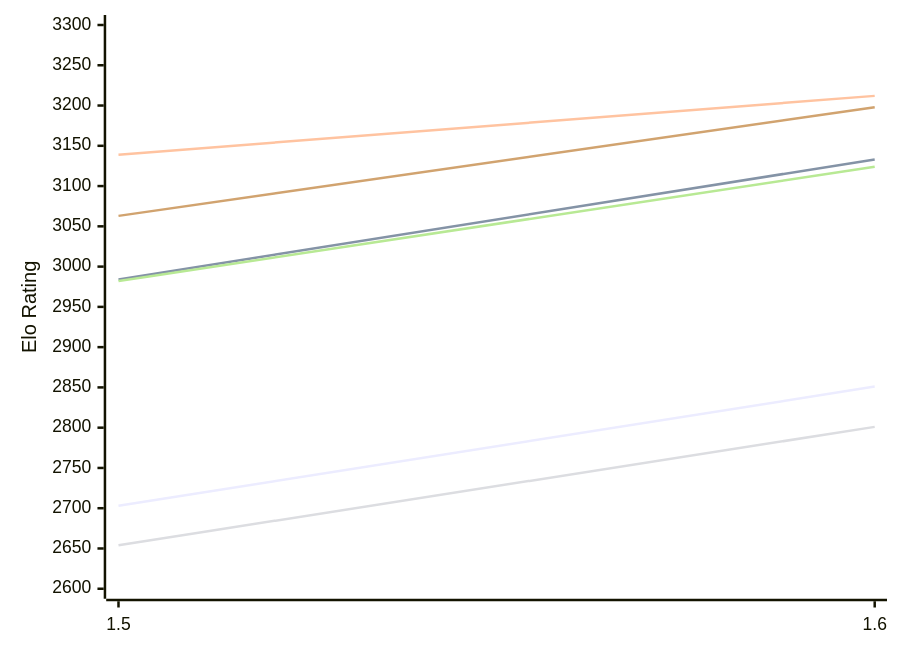
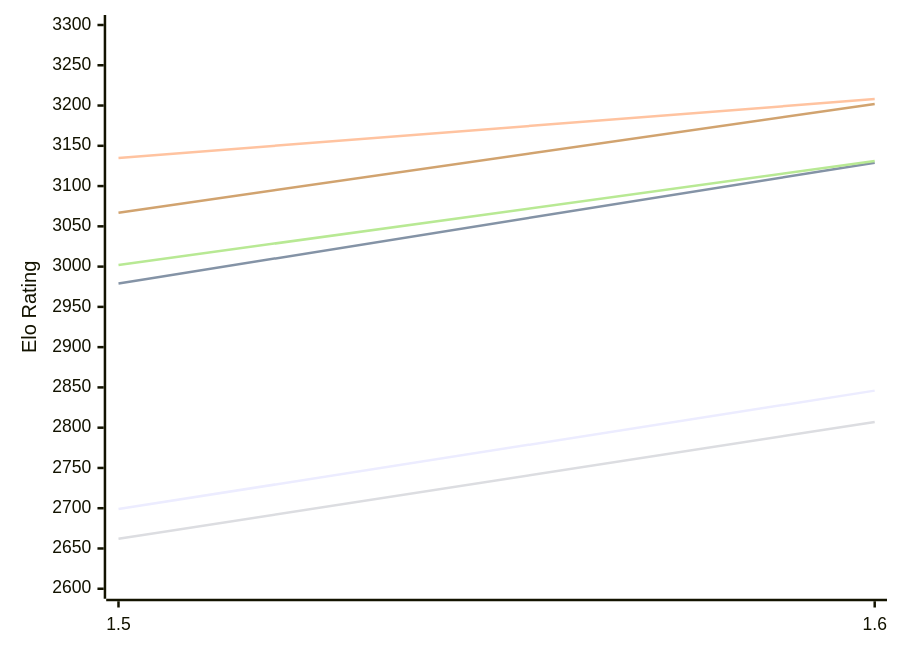
One commit to computer-chess-index/cci changed the first of 2 diagrams in engines/Yakka.md. Above: the diagram before and after it, drawn with Mermaid. The commit also changed other lines of this file, not shown here.

Commit message:
Update CCI Ratings (ELO VLTC) - 2026-11-21

````diff
--- a/engines/Yakka.md
+++ b/engines/Yakka.md
@@ -51,12 +51,12 @@
 ```mermaid
 %%{init: {"theme":"base","themeVariables":{"seriesColors:['#a3a3a3','#222221','#faa371']}}}%%
 xychart-beta
   x-axis ["1.5", "1.6"]
   y-axis "Elo Rating" 2600 --> 3300
-  line "E1: STC (8.0+0.08s)" [2703, 2851]
-  line "E1: LTC (60.0+0.60s)" [2984, 3133]
-  line "E1: VLTC (2m24s+1.12s)" [3139, 3212]
-  line "P1: STC (8.0+0.08s)" [2654, 2801]
-  line "P1: LTC (60.0+0.60s)" [2982, 3124]
-  line "P1: VLTC (2m24s+1.12s)" [3063, 3198]
+  line "E1: STC (8.0+0.08s)" [2699, 2846]
+  line "E1: LTC (60.0+0.60s)" [2979, 3129]
+  line "E1: VLTC (2m24s+1.12s)" [3135, 3208]
+  line "P1: STC (8.0+0.08s)" [2662, 2807]
+  line "P1: LTC (60.0+0.60s)" [3002, 3131]
+  line "P1: VLTC (2m24s+1.12s)" [3067, 3202]
 ```
````
